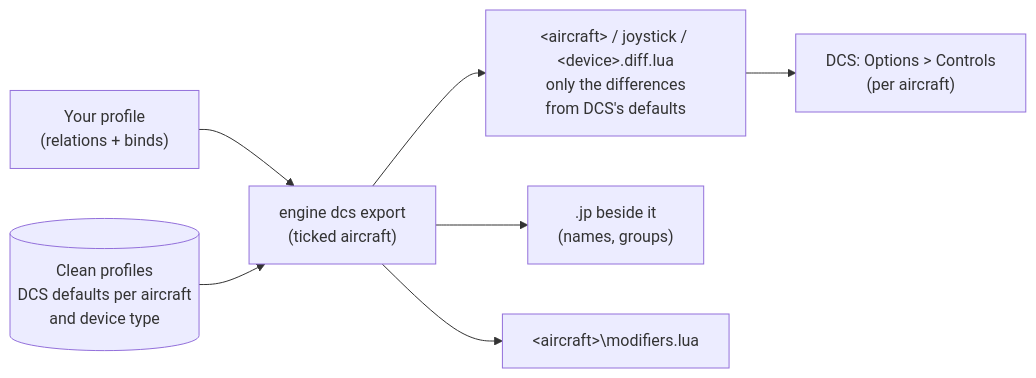
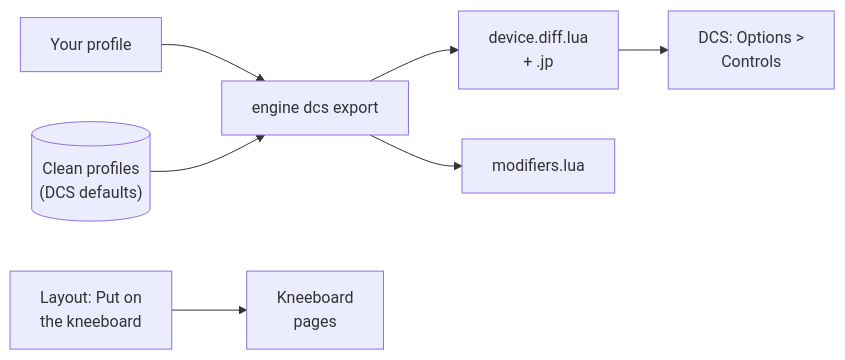
The diagram in website/content/games/dcs.md (Holdi601/JoystickProfiler2), drawn with Mermaid before and after one commit. The commit also changed other lines of this file and 718 other files, not shown here.

````diff
--- a/website/content/games/dcs.md
+++ b/website/content/games/dcs.md
@@ -20,9 +239,10 @@
 ```mermaid
+%% caption: Export writes the ticked aircraft: per aircraft and device only the differences from DCS's defaults (device.diff.lua, from the clean profiles), a .jp file with names and groups beside it, and modifiers.lua. The kneeboard pages (Saved Games / DCS / Kneeboard) come from the Layout page, not from Export.
 flowchart LR
-  P["Your profile<br/>(relations + binds)"] --> E["engine dcs export<br/>(ticked aircraft)"]
-  C[("Clean profiles<br/>DCS defaults per aircraft<br/>and device type")] --> E
-  E --> D["&lt;aircraft&gt; / joystick / &lt;device&gt;.diff.lua<br/>only the differences<br/>from DCS's defaults"]
-  E --> J[".jp beside it<br/>(names, groups)"]
-  E --> M["&lt;aircraft&gt;\modifiers.lua"]
-  D --> G["DCS: Options > Controls<br/>(per aircraft)"]
+  P["Your profile"] --> E["engine dcs export"]
+  C[("Clean profiles<br/>(DCS defaults)")] --> E
+  E --> D["device.diff.lua<br/>+ .jp"]
+  E --> M["modifiers.lua"]
+  D --> G["DCS: Options ><br/>Controls"]
+  L["Layout: Put on<br/>the kneeboard"] --> K["Kneeboard<br/>pages"]
 ```
````
